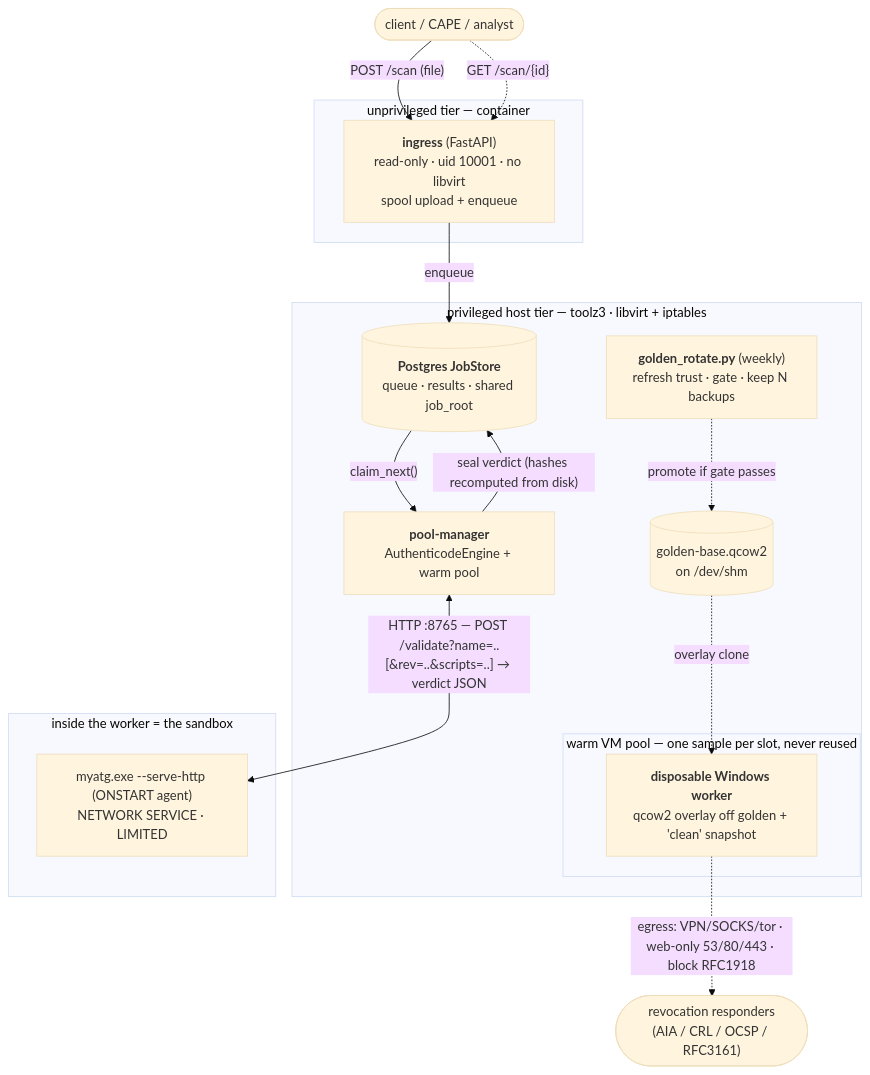
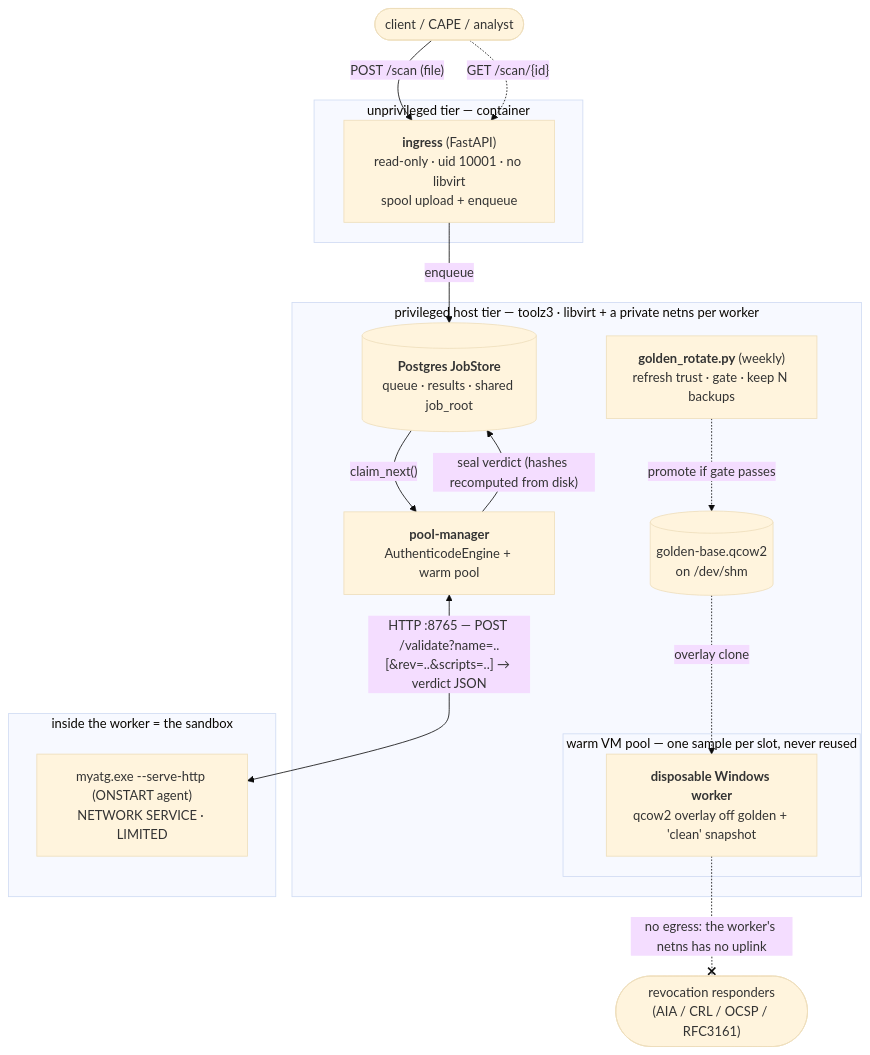
One commit to wmetcalf/win-validator changed the first of 2 diagrams in README.md. Above: the diagram before and after it, drawn with Mermaid (base theme). The commit also changed other lines of this file and 20 other files, not shown here.

First line of the commit message:
fix(isolation): private network namespace per VM worker; no host firewall rules (#5)

````diff
--- a/README.md
+++ b/README.md
@@ -24,33 +24,33 @@
 ```mermaid
 flowchart TB
     client(["client / CAPE / analyst"]) -->|"POST /scan (file)"| ingress
     client -.->|"GET /scan/{id}"| ingress
 
     subgraph unpriv["unprivileged tier — container"]
         ingress["<b>ingress</b> (FastAPI)<br/>read-only · uid 10001 · no libvirt<br/>spool upload + enqueue"]
     end
 
     pg[("<b>Postgres JobStore</b><br/>queue · results · shared job_root")]
     ingress -->|enqueue| pg
 
-    subgraph host["privileged host tier — toolz3 · libvirt + iptables"]
+    subgraph host["privileged host tier — toolz3 · libvirt + a private netns per worker"]
         pm["<b>pool-manager</b><br/>AuthenticodeEngine + warm pool"]
         pg -->|"claim_next()"| pm
         pm -->|"seal verdict (hashes recomputed from disk)"| pg
 
         golden[("golden-base.qcow2<br/>on /dev/shm")]
         rotate["<b>golden_rotate.py</b> (weekly)<br/>refresh trust · gate · keep N backups"] -.->|promote if gate passes| golden
 
         subgraph pool["warm VM pool — one sample per slot, never reused"]
             w["<b>disposable Windows worker</b><br/>qcow2 overlay off golden + 'clean' snapshot"]
         end
         golden -.->|overlay clone| w
     end
 
     subgraph vm["inside the worker = the sandbox"]
         agent["myatg.exe --serve-http (ONSTART agent)<br/>NETWORK SERVICE · LIMITED"]
     end
 
     pm <-->|"HTTP :8765 — POST /validate?name=..[&rev=..&scripts=..] → verdict JSON"| agent
-    w -.->|"egress: VPN/SOCKS/tor · web-only 53/80/443 · block RFC1918"| resp(["revocation responders<br/>(AIA / CRL / OCSP / RFC3161)"])
+    w -.-x|"no egress: the worker's netns has no uplink"| resp(["revocation responders<br/>(AIA / CRL / OCSP / RFC3161)"])
 ```
````
